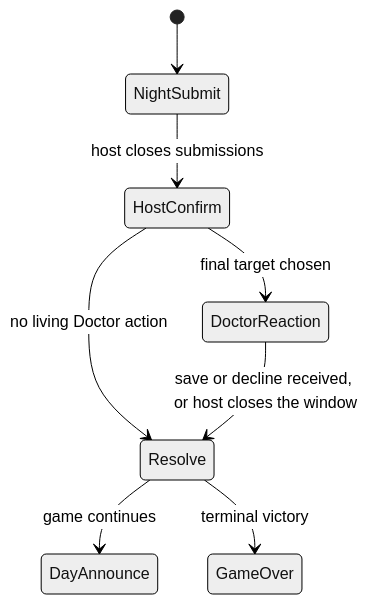
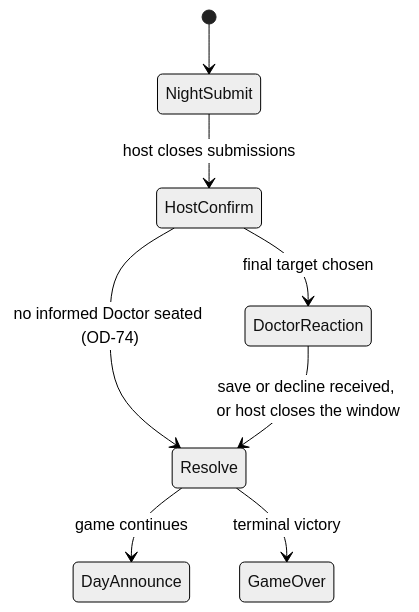
One commit to ShonThakre/Warewolf changed the diagram in docs/werewolf/night-resolution.md. Above: the diagram before and after it, drawn with Mermaid (neutral theme). The commit also changed other lines of this file and 364 other files, not shown here.

````diff
--- a/docs/werewolf/night-resolution.md
+++ b/docs/werewolf/night-resolution.md
@@ -19,10 +19,10 @@
 ```mermaid
 stateDiagram-v2
   [*] --> NightSubmit
   NightSubmit --> HostConfirm: host closes submissions
   HostConfirm --> DoctorReaction: final target chosen
-  HostConfirm --> Resolve: no living Doctor action
+  HostConfirm --> Resolve: no informed Doctor seated (OD-74)
   DoctorReaction --> Resolve: save or decline received, or host closes the window
   Resolve --> DayAnnounce: game continues
   Resolve --> GameOver: terminal victory
 ```
````
